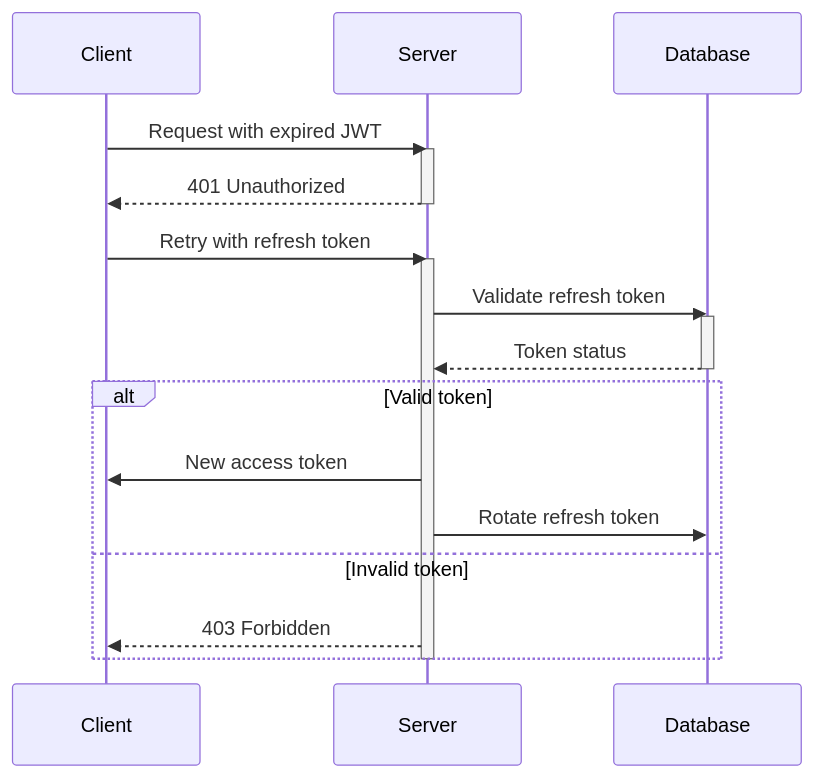
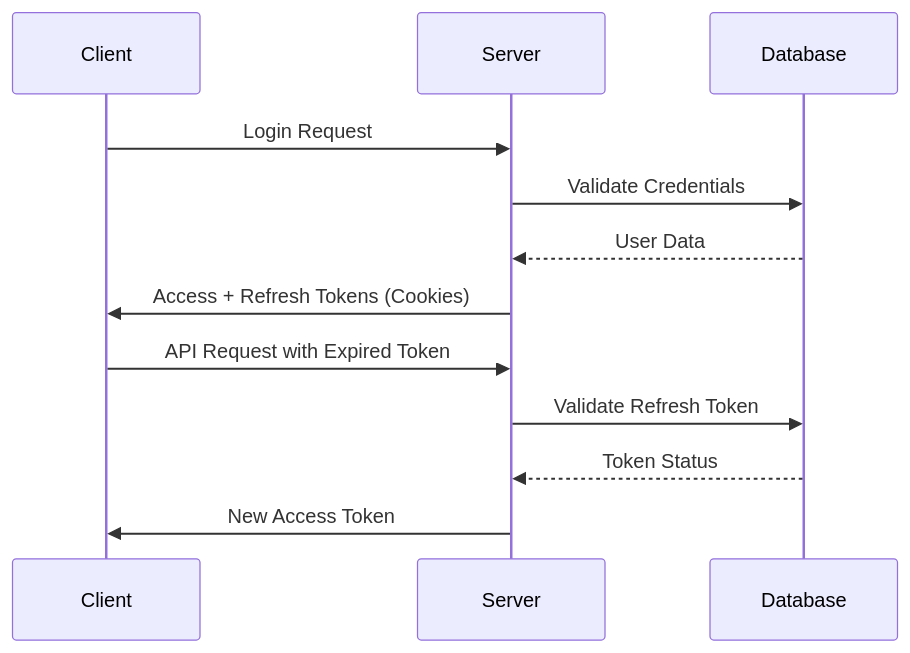
One commit to Hub-of-Abdullah/nest-api-template changed the diagram in README.md. Above: the diagram before and after it, drawn with Mermaid. The commit also changed other lines of this file and 102 other files, not shown here.

````diff
--- a/README.md
+++ b/README.md
@@ -73,26 +142,16 @@
 ```mermaid
 sequenceDiagram
     participant Client
     participant Server
     participant Database
 
-    Client->>Server: Request with expired JWT
-    activate Server
-    Server-->>Client: 401 Unauthorized
-    deactivate Server
-
-    Client->>Server: Retry with refresh token
-    activate Server
-    Server->>Database: Validate refresh token
-    activate Database
-    Database-->>Server: Token status
-    deactivate Database
-
-    alt Valid token
-        Server->>Client: New access token
-        Server->>Database: Rotate refresh token
-    else Invalid token
-        Server-->>Client: 403 Forbidden
-    end
-    deactivate Server
+    Client->>Server: Login Request
+    Server->>Database: Validate Credentials
+    Database-->>Server: User Data
+    Server->>Client: Access + Refresh Tokens (Cookies)
+    
+    Client->>Server: API Request with Expired Token
+    Server->>Database: Validate Refresh Token
+    Database-->>Server: Token Status
+    Server->>Client: New Access Token
 ```
````
